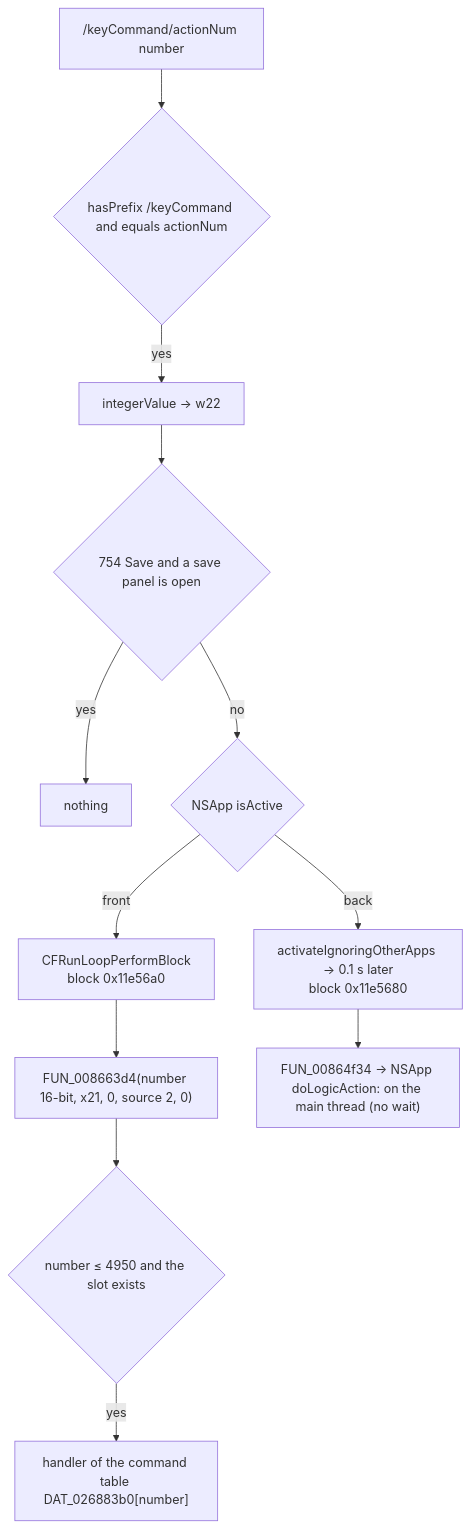
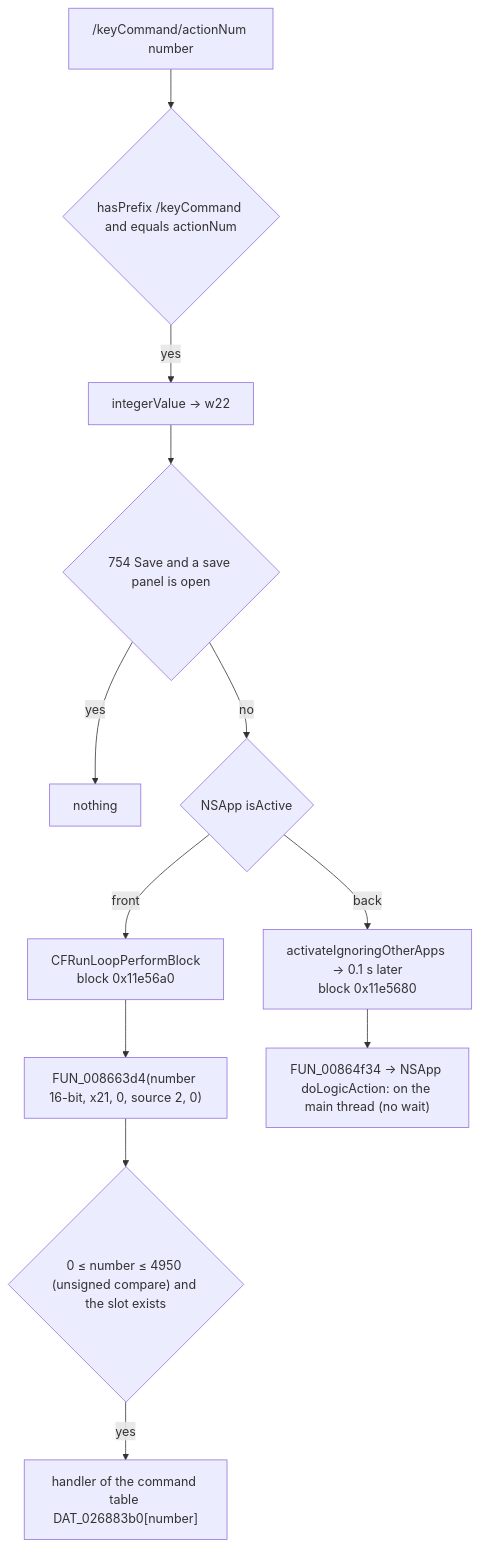
Before and after one commit to uniuninaruru/logic-pro-ctl: the diagram in Research/static-analysis/SA-REMOTE-KEYCOMMAND-001.en.md, drawn with Mermaid. The commit also changed other lines of this file and 5 other files, not shown here.

````diff
--- a/Research/static-analysis/SA-REMOTE-KEYCOMMAND-001.en.md
+++ b/Research/static-analysis/SA-REMOTE-KEYCOMMAND-001.en.md
@@ -26,14 +26,14 @@
 ```mermaid
 flowchart TD
     A["/keyCommand/actionNum number"] --> B{"hasPrefix /keyCommand and equals actionNum"}
     B -->|yes| C["integerValue → w22"]
     C --> D{"754 Save and a save panel is open"}
     D -->|yes| X["nothing"]
     D -->|no| E{"NSApp isActive"}
     E -->|front| F["CFRunLoopPerformBlock<br/>block 0x11e56a0"]
     F --> G["FUN_008663d4(number 16-bit, x21, 0, source 2, 0)"]
     E -->|back| H["activateIgnoringOtherApps → 0.1 s later<br/>block 0x11e5680"]
     H --> I["FUN_00864f34 → NSApp doLogicAction: on the main thread (no wait)"]
-    G --> J{"number ≤ 4950 and the slot exists"}
+    G --> J{"0 ≤ number ≤ 4950 (unsigned compare) and the slot exists"}
     J -->|yes| K["handler of the command table DAT_026883b0[number]"]
 ```
````
